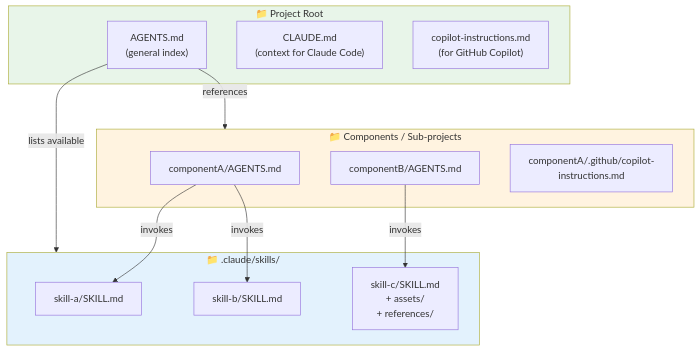
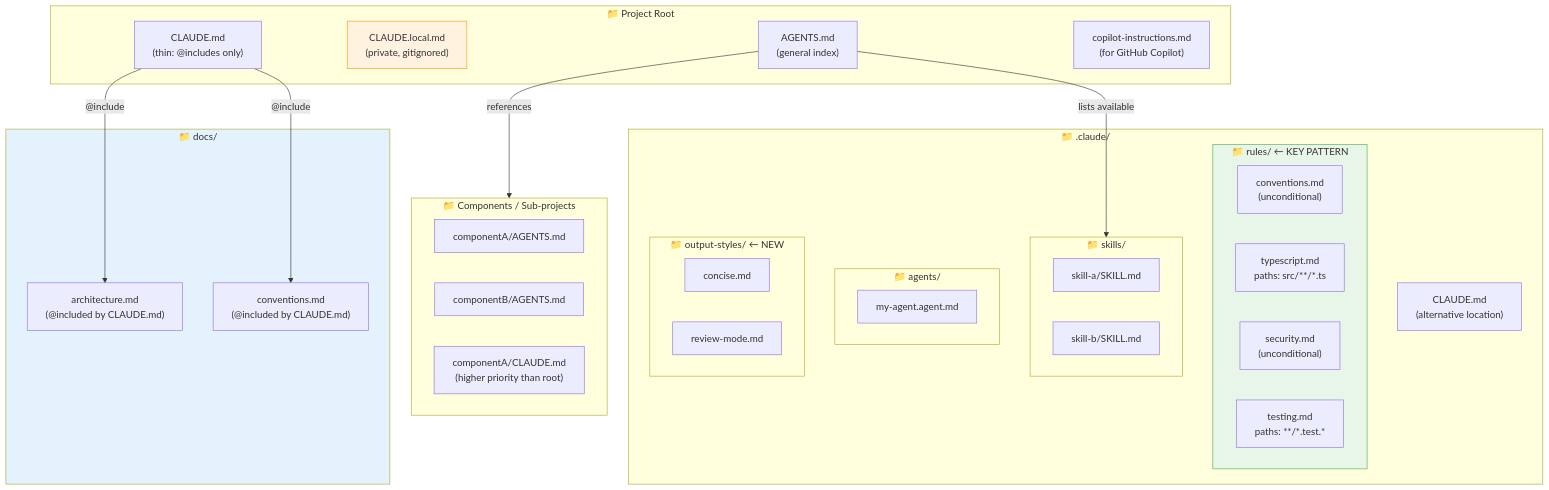
Before and after one commit to elisaul77/Orquestacion_Agentes_claude: the second of 8 diagrams in skills/arquitec-dev-ia/SKILL.md, drawn with Mermaid. The commit also changed other lines of this file and 6 other files, not shown here.

````diff
--- a/skills/arquitec-dev-ia/SKILL.md
+++ b/skills/arquitec-dev-ia/SKILL.md
@@ -68,30 +276,50 @@
 ```mermaid
 flowchart TB
     subgraph ROOT["📁 Project Root"]
+        CLAUDE_MD["CLAUDE.md\n(thin: @includes only)"]
+        CLAUDE_LOCAL["CLAUDE.local.md\n(private, gitignored)"]
         AGENTS_ROOT["AGENTS.md\n(general index)"]
-        CLAUDE_MD["CLAUDE.md\n(context for Claude Code)"]
         COPILOT["copilot-instructions.md\n(for GitHub Copilot)"]
+    end
+
+    subgraph DOTCLAUDE["📁 .claude/"]
+        CLAUDE_DOT["CLAUDE.md\n(alternative location)"]
+        subgraph RULES["📁 rules/  ← KEY PATTERN"]
+            R1["conventions.md\n(unconditional)"]
+            R2["typescript.md\npaths: src/**/*.ts"]
+            R3["security.md\n(unconditional)"]
+            R4["testing.md\npaths: **/*.test.*"]
+        end
+        subgraph SKILLS_DIR["📁 skills/"]
+            SK1["skill-a/SKILL.md"]
+            SK2["skill-b/SKILL.md"]
+        end
+        subgraph AGENTS_DIR["📁 agents/"]
+            AG1["my-agent.agent.md"]
+        end
+        subgraph STYLES["📁 output-styles/  ← NEW"]
+            OS1["concise.md"]
+            OS2["review-mode.md"]
+        end
+    end
+
+    subgraph DOCS["📁 docs/"]
+        D1["architecture.md\n(@included by CLAUDE.md)"]
+        D2["conventions.md\n(@included by CLAUDE.md)"]
     end
 
     subgraph COMPS["📁 Components / Sub-projects"]
         AGENTS_A["componentA/AGENTS.md"]
         AGENTS_B["componentB/AGENTS.md"]
-        COPILOT_A["componentA/.github/copilot-instructions.md"]
+        CLAUDE_COMP["componentA/CLAUDE.md\n(higher priority than root)"]
     end
 
-    subgraph SKILLS["📁 .claude/skills/"]
-        SK1["skill-a/SKILL.md"]
-        SK2["skill-b/SKILL.md"]
-        SK3["skill-c/SKILL.md\n+ assets/\n+ references/"]
-    end
+    CLAUDE_MD -->|"@include"| D1
+    CLAUDE_MD -->|"@include"| D2
+    AGENTS_ROOT -->|"references"| COMPS
+    AGENTS_ROOT -->|"lists available"| SKILLS_DIR
 
-    AGENTS_ROOT -->|"references"| COMPS
-    AGENTS_ROOT -->|"lists available"| SKILLS
-    AGENTS_A -->|"invokes"| SK1
-    AGENTS_A -->|"invokes"| SK2
-    AGENTS_B -->|"invokes"| SK3
-
-    style ROOT fill:#e8f5e9
-    style SKILLS fill:#e3f2fd
-    style COMPS fill:#fff3e0
+    style RULES fill:#e8f5e9,stroke:#4caf50
+    style CLAUDE_LOCAL fill:#fff3e0,stroke:#ff9800
+    style DOCS fill:#e3f2fd
 ```
````
